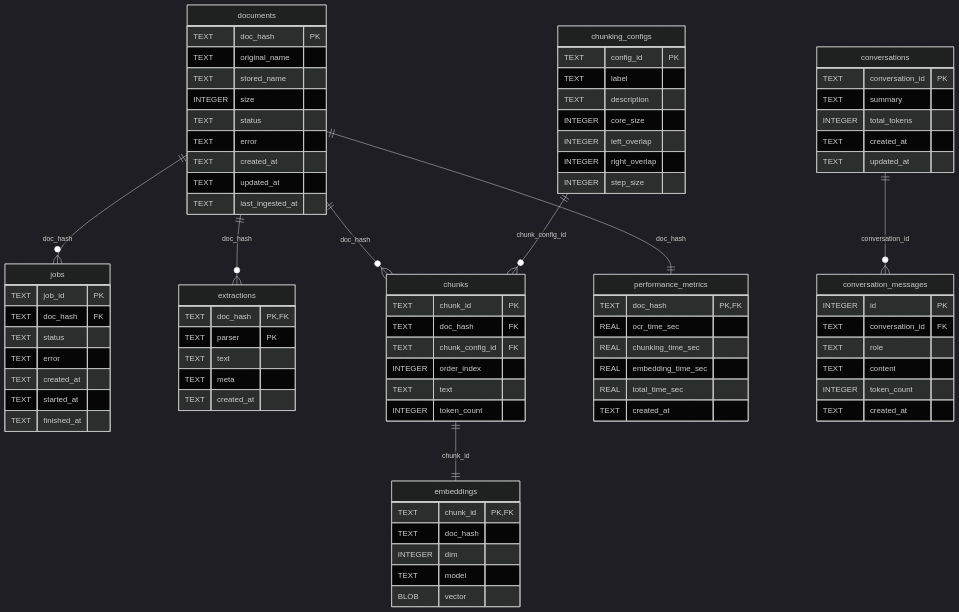
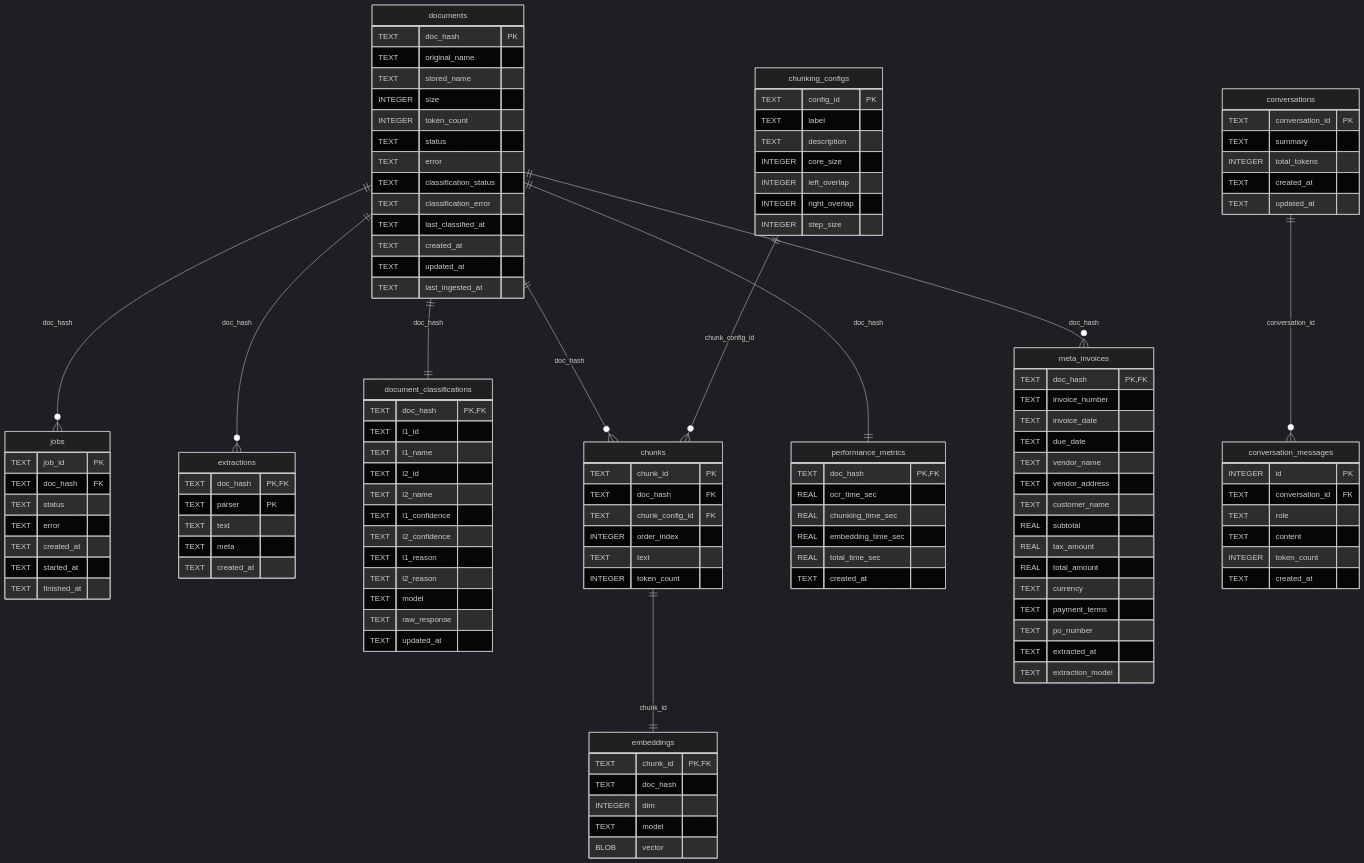
Before and after one commit to nobody-qwert/doc-chat: the diagram in docs/architecture/database_tables.md, drawn with Mermaid (dark theme). The commit also changed other lines of this file and 1 other file, not shown here.

````diff
--- a/docs/architecture/database_tables.md
+++ b/docs/architecture/database_tables.md
@@ -11,8 +13,12 @@
         TEXT original_name
         TEXT stored_name
         INTEGER size
+        INTEGER token_count
         TEXT status
         TEXT error
+        TEXT classification_status
+        TEXT classification_error
+        TEXT last_classified_at
         TEXT created_at
         TEXT updated_at
         TEXT last_ingested_at
@@ -32,6 +38,20 @@
         TEXT text
         TEXT meta
         TEXT created_at
+    }
+    document_classifications {
+        TEXT doc_hash PK,FK
+        TEXT l1_id
+        TEXT l1_name
+        TEXT l2_id
+        TEXT l2_name
+        TEXT l1_confidence
+        TEXT l2_confidence
+        TEXT l1_reason
+        TEXT l2_reason
+        TEXT model
+        TEXT raw_response
+        TEXT updated_at
     }
     chunks {
         TEXT chunk_id PK
@@ -65,6 +85,23 @@
         REAL total_time_sec
         TEXT created_at
     }
+    meta_invoices {
+        TEXT doc_hash PK,FK
+        TEXT invoice_number
+        TEXT invoice_date
+        TEXT due_date
+        TEXT vendor_name
+        TEXT vendor_address
+        TEXT customer_name
+        REAL subtotal
+        REAL tax_amount
+        REAL total_amount
+        TEXT currency
+        TEXT payment_terms
+        TEXT po_number
+        TEXT extracted_at
+        TEXT extraction_model
+    }
     conversations {
         TEXT conversation_id PK
         TEXT summary
@@ -83,9 +120,11 @@
 
     documents ||--o{ jobs : "doc_hash"
     documents ||--o{ extractions : "doc_hash"
+    documents ||--|| document_classifications : "doc_hash"
     documents ||--o{ chunks : "doc_hash"
     chunking_configs ||--o{ chunks : "chunk_config_id"
     documents ||--|| performance_metrics : "doc_hash"
     chunks ||--|| embeddings : "chunk_id"
+    documents ||--o{ meta_invoices : "doc_hash"
     conversations ||--o{ conversation_messages : "conversation_id"
 ```
````
